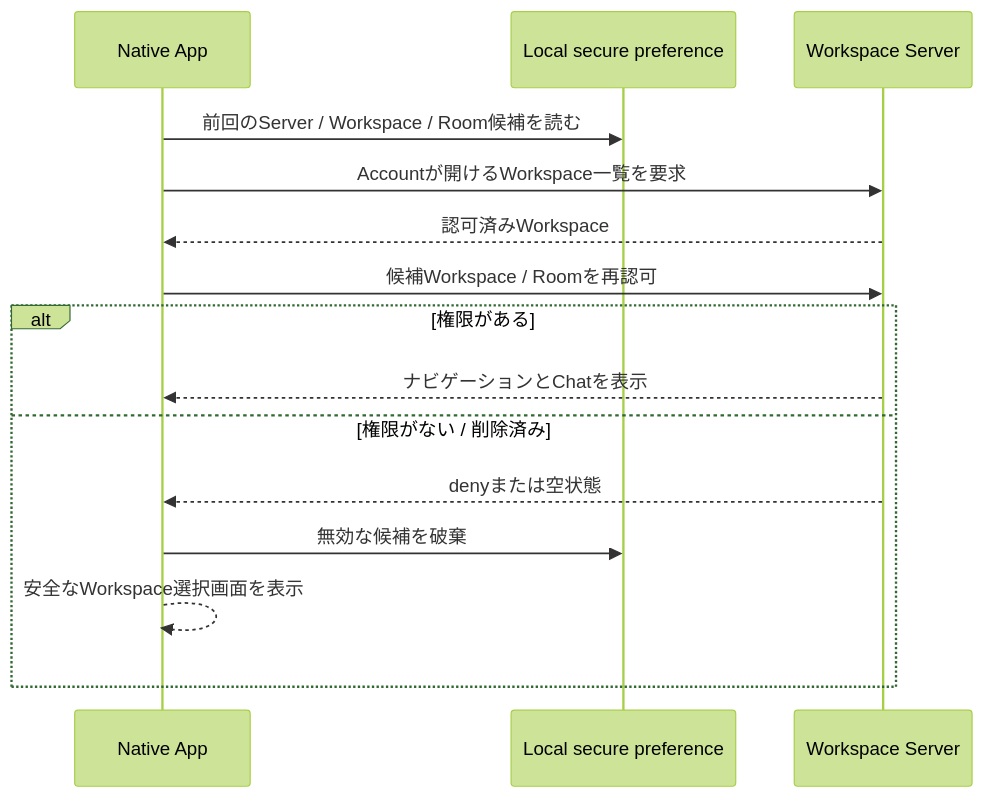
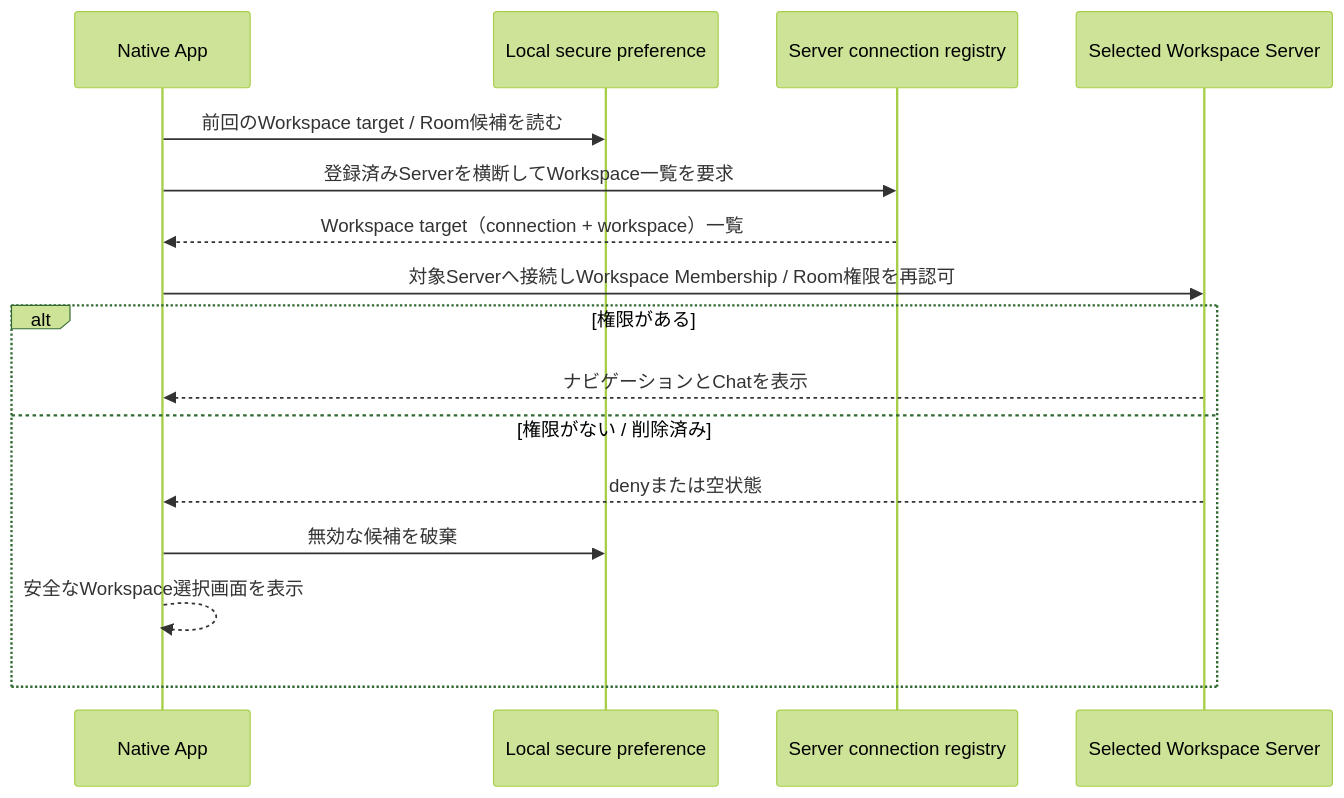
Before and after one commit to Takuma-kaho/Samurai-Agent: the second of 3 diagrams in docs/designs/native-app.md, drawn with Mermaid (forest theme). The commit also changed other lines of this file and 80 other files, not shown here.

```diff
--- a/docs/designs/native-app.md
+++ b/docs/designs/native-app.md
@@ -112,18 +128,19 @@
 ~~~mermaid
 sequenceDiagram
   participant D as Native App
   participant L as Local secure preference
-  participant S as Workspace Server
+  participant C as Server connection registry
+  participant S as Selected Workspace Server
 
-  D->>L: 前回のServer / Workspace / Room候補を読む
-  D->>S: Accountが開けるWorkspace一覧を要求
-  S-->>D: 認可済みWorkspace
-  D->>S: 候補Workspace / Roomを再認可
+  D->>L: 前回のWorkspace target / Room候補を読む
+  D->>C: 登録済みServerを横断してWorkspace一覧を要求
+  C-->>D: Workspace target（connection + workspace）一覧
+  D->>S: 対象Serverへ接続しWorkspace Membership / Room権限を再認可
   alt 権限がある
     S-->>D: ナビゲーションとChatを表示
   else 権限がない / 削除済み
     S-->>D: denyまたは空状態
     D->>L: 無効な候補を破棄
     D-->>D: 安全なWorkspace選択画面を表示
   end
 ~~~
```
